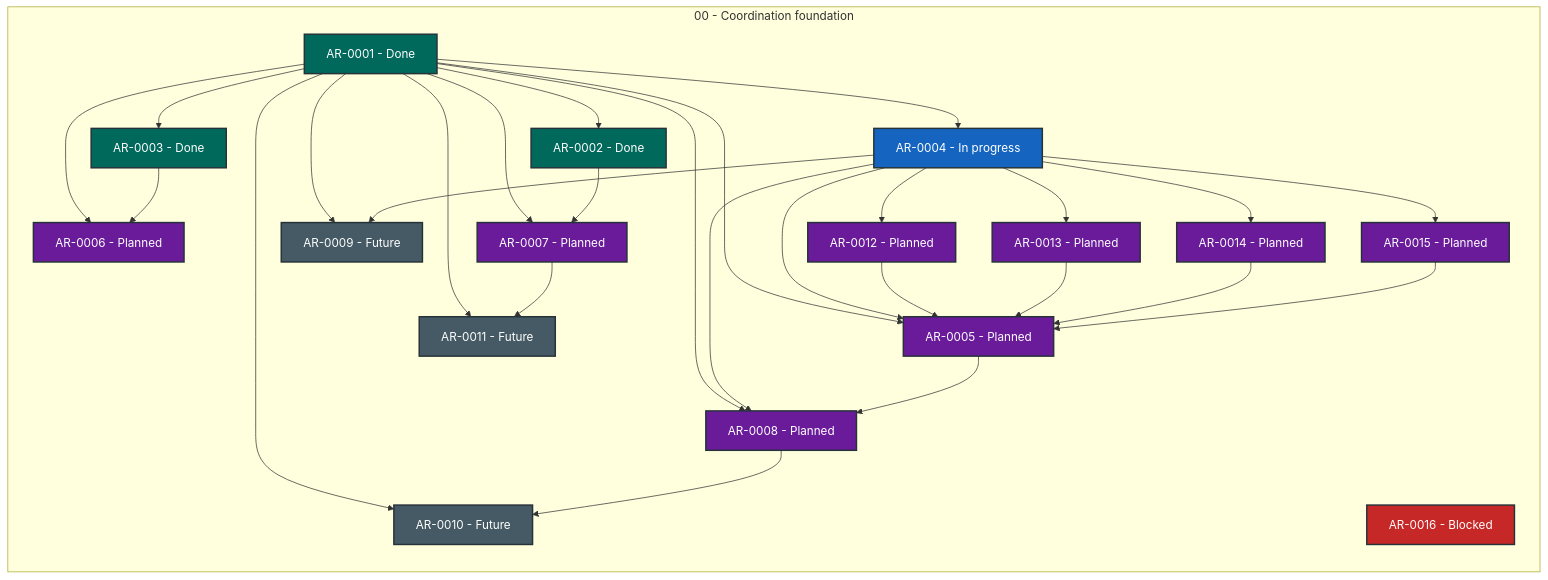
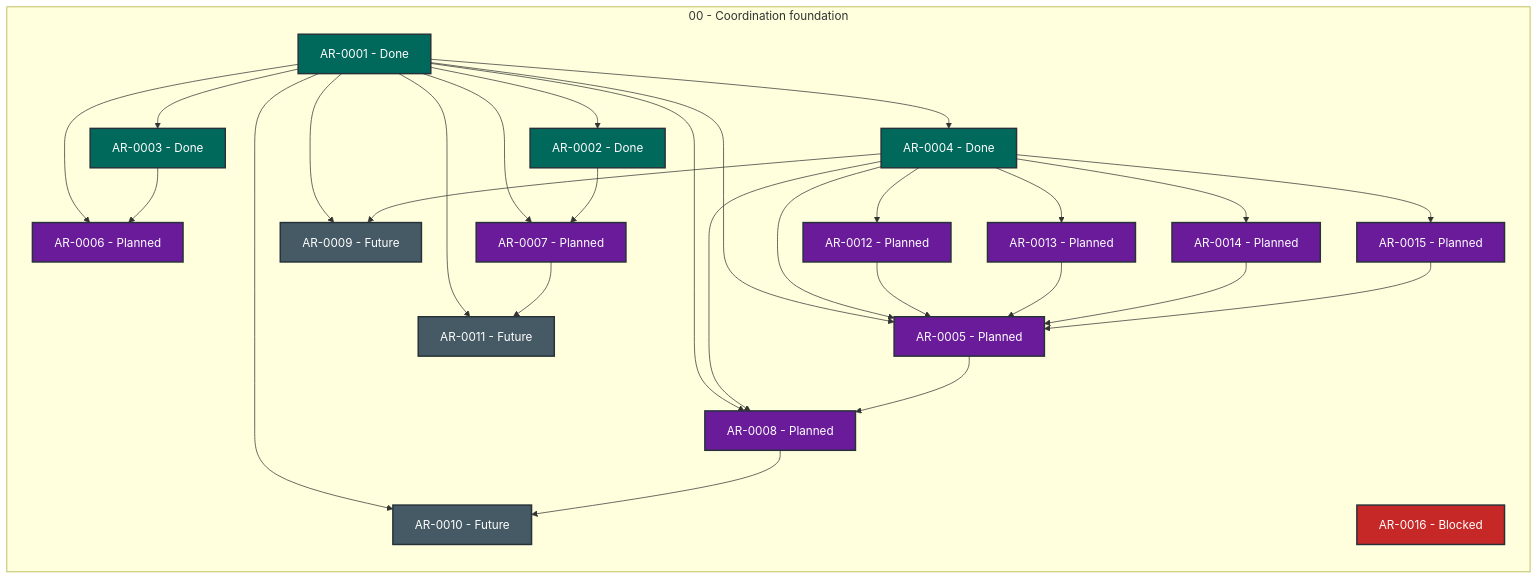
Before and after one commit to martin-beck/agent-workflow-quality-state: the diagram in STATUS.md, drawn with Mermaid. The commit also changed other lines of this file and 2 other files, not shown here.

````diff
--- a/STATUS.md
+++ b/STATUS.md
@@ -27,56 +27,56 @@
 ```mermaid
 flowchart LR
     subgraph series_00["00 - Coordination foundation"]
         direction TB
         AR_0001["AR-0001 - Done"]:::status_done
         AR_0002["AR-0002 - Done"]:::status_done
         AR_0003["AR-0003 - Done"]:::status_done
-        AR_0004["AR-0004 - In progress"]:::status_in_progress
+        AR_0004["AR-0004 - Done"]:::status_done
         AR_0005["AR-0005 - Planned"]:::status_planned
         AR_0006["AR-0006 - Planned"]:::status_planned
         AR_0007["AR-0007 - Planned"]:::status_planned
         AR_0008["AR-0008 - Planned"]:::status_planned
         AR_0009["AR-0009 - Future"]:::status_future
         AR_0010["AR-0010 - Future"]:::status_future
         AR_0011["AR-0011 - Future"]:::status_future
         AR_0012["AR-0012 - Planned"]:::status_planned
         AR_0013["AR-0013 - Planned"]:::status_planned
         AR_0014["AR-0014 - Planned"]:::status_planned
         AR_0015["AR-0015 - Planned"]:::status_planned
         AR_0016["AR-0016 - Blocked"]:::status_blocked
     end
     AR_0001 --> AR_0002
     AR_0001 --> AR_0003
     AR_0001 --> AR_0004
     AR_0001 --> AR_0005
     AR_0001 --> AR_0006
     AR_0001 --> AR_0007
     AR_0001 --> AR_0008
     AR_0001 --> AR_0009
     AR_0001 --> AR_0010
     AR_0001 --> AR_0011
     AR_0002 --> AR_0007
     AR_0003 --> AR_0006
     AR_0004 --> AR_0005
     AR_0004 --> AR_0008
     AR_0004 --> AR_0009
     AR_0004 --> AR_0012
     AR_0004 --> AR_0013
     AR_0004 --> AR_0014
     AR_0004 --> AR_0015
     AR_0005 --> AR_0008
     AR_0007 --> AR_0011
     AR_0008 --> AR_0010
     AR_0012 --> AR_0005
     AR_0013 --> AR_0005
     AR_0014 --> AR_0005
     AR_0015 --> AR_0005
     classDef status_in_progress fill:#1565c0,color:#ffffff,stroke:#263238,stroke-width:2px
     classDef status_open fill:#2e7d32,color:#ffffff,stroke:#263238,stroke-width:2px
     classDef status_blocked fill:#c62828,color:#ffffff,stroke:#263238,stroke-width:2px
     classDef status_planned fill:#6a1b9a,color:#ffffff,stroke:#263238,stroke-width:2px
     classDef status_future fill:#455a64,color:#ffffff,stroke:#263238,stroke-width:2px
     classDef status_done fill:#00695c,color:#ffffff,stroke:#263238,stroke-width:2px
     classDef status_cancelled fill:#616161,color:#ffffff,stroke:#263238,stroke-width:2px
     classDef status_superseded fill:#5d4037,color:#ffffff,stroke:#263238,stroke-width:2px
 ```
````
